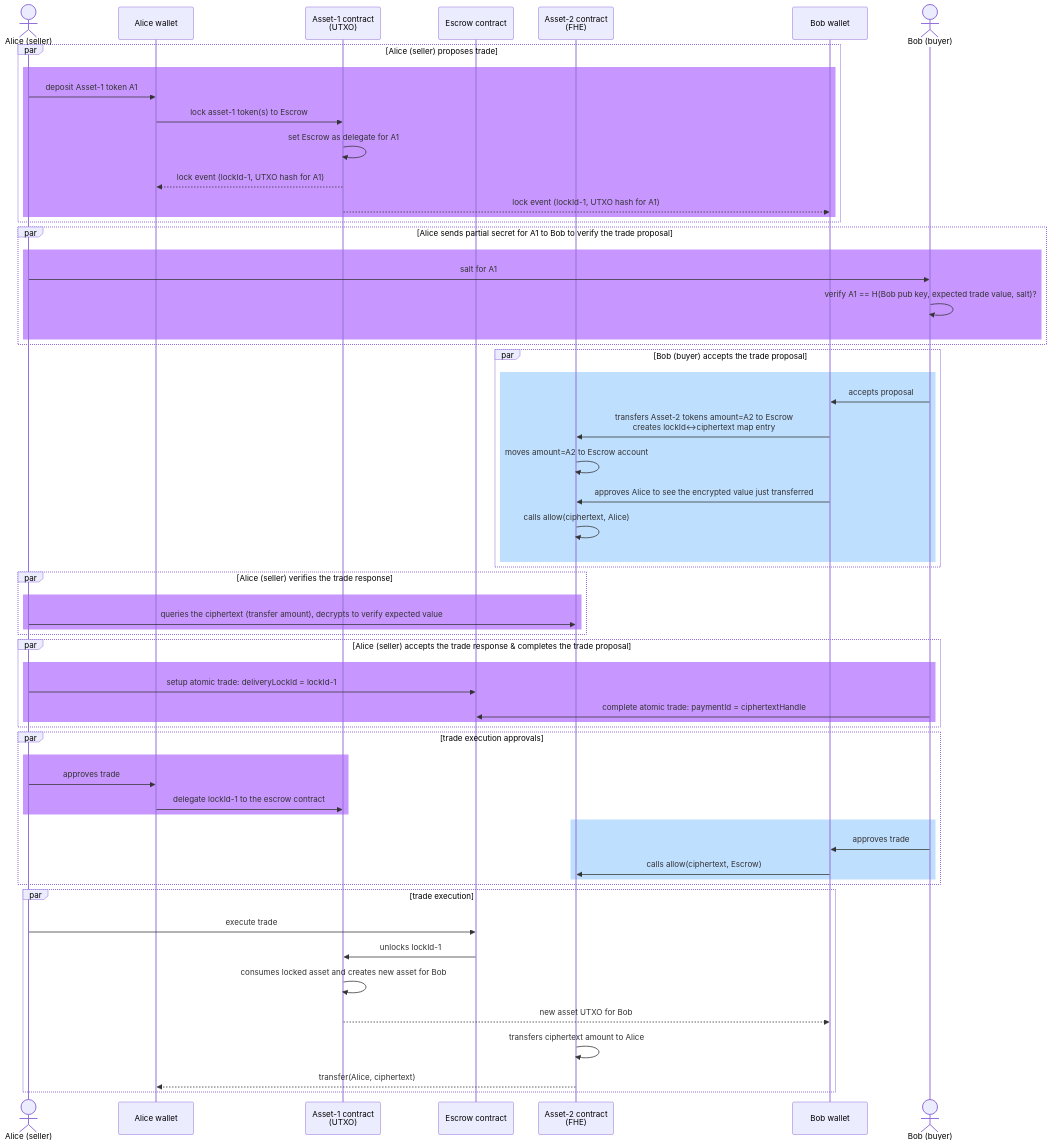
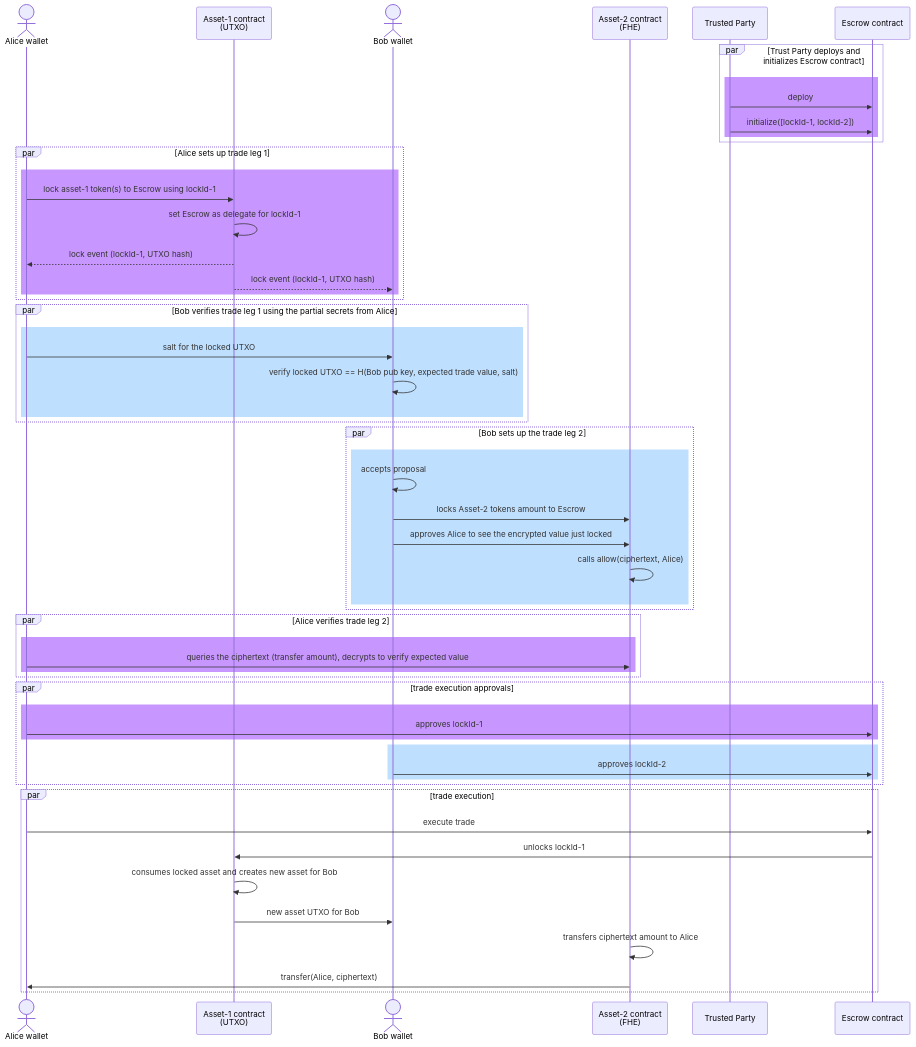
Before and after one commit to jimthematrix/pet-dvp: the first of 3 diagrams in atomic-settlement.md, drawn with Mermaid. The commit also changed other lines of this file, not shown here.

Commit message:
update the sequence diagrams and use cases

````diff
--- a/atomic-settlement.md
+++ b/atomic-settlement.md
@@ -108,63 +133,58 @@
 ```mermaid
 sequenceDiagram
-  actor A as Alice (seller)
-  participant Aw as Alice wallet
+  actor A as Alice wallet
   participant A1 as Asset-1 contract<br>(UTXO)
+  actor B as Bob wallet
+  participant A2 as Asset-2 contract<br>(FHE)
+  participant T as Trusted Party
   participant E as Escrow contract
-  participant A2 as Asset-2 contract<br>(FHE)
-  participant Bw as Bob wallet
-  actor B as Bob (buyer)
-  par Alice (seller) proposes trade
+  par Trust Party deploys and initializes Escrow contract
   rect rgb(200, 150, 255)
-    A->>Aw: deposit Asset-1 token A1
-    Aw->>A1: lock asset-1 token(s) to Escrow
-    A1->>A1: set Escrow as delegate for A1
-    A1-->>Aw: lock event (lockId-1, UTXO hash for A1)
-    A1-->>Bw: lock event (lockId-1, UTXO hash for A1)
+    T->>E: deploy
+    T->>E: initialize([lockId-1, lockId-2])
   end
   end
-  par Alice sends partial secret for A1 to Bob to verify the trade proposal
+  par Alice sets up trade leg 1
   rect rgb(200, 150, 255)
-    A->>B: salt for A1
-    B->>B: verify A1 == H(Bob pub key, expected trade value, salt)?
+    A->>A1: lock asset-1 token(s) to Escrow using lockId-1
+    A1->>A1: set Escrow as delegate for lockId-1
+    A1-->>A: lock event (lockId-1, UTXO hash)
+    A1-->>B: lock event (lockId-1, UTXO hash)
   end
   end
-  par Bob (buyer) accepts the trade proposal
+  par Bob verifies trade leg 1 using the partial secrets from Alice
   rect rgb(191, 223, 255)
-    B->>Bw: accepts proposal
-    Bw->>A2: transfers Asset-2 tokens amount=A2 to Escrow<br>creates lockId<->ciphertext map entry
-    A2->>A2: moves amount=A2 to Escrow account
-    Bw->>A2: approves Alice to see the encrypted value just transferred
+    A->>B: salt for the locked UTXO
+    B->>B: verify locked UTXO == H(Bob pub key, expected trade value, salt)
+  end
+  end
+  par Bob sets up the trade leg 2
+  rect rgb(191, 223, 255)
+    B->>B: accepts proposal
+    B->>A2: locks Asset-2 tokens amount to Escrow
+    B->>A2: approves Alice to see the encrypted value just locked
     A2->>A2: calls allow(ciphertext, Alice)
   end
   end
-  par Alice (seller) verifies the trade response
+  par Alice verifies trade leg 2
   rect rgb(200, 150, 255)
     A->>A2: queries the ciphertext (transfer amount), decrypts to verify expected value
   end
   end
-  par Alice (seller) accepts the trade response & completes the trade proposal
-  rect rgb(200, 150, 255)
-    A->>E: setup atomic trade: deliveryLockId = lockId-1
-    B->>E: complete atomic trade: paymentId = ciphertextHandle
-  end
-  end
   par trade execution approvals
     rect rgb(200, 150, 255)
-    A->>Aw: approves trade
-    Aw->>A1: delegate lockId-1 to the escrow contract
+    A->>E: approves lockId-1
     end
     rect rgb(191, 223, 255)
-    B->>Bw: approves trade
-    Bw->>A2: calls allow(ciphertext, Escrow)
-    end
+    B->>E: approves lockId-2
+  end
   end
   par trade execution
     A->>E: execute trade
     E->>A1: unlocks lockId-1
     A1->>A1: consumes locked asset and creates new asset for Bob
-    A1-->>Bw: new asset UTXO for Bob
+    A1->>B: new asset UTXO for Bob
     A2->>A2: transfers ciphertext amount to Alice
-    A2-->>Aw: transfer(Alice, ciphertext)
+    A2->>A: transfer(Alice, ciphertext)
   end
 ```
````
